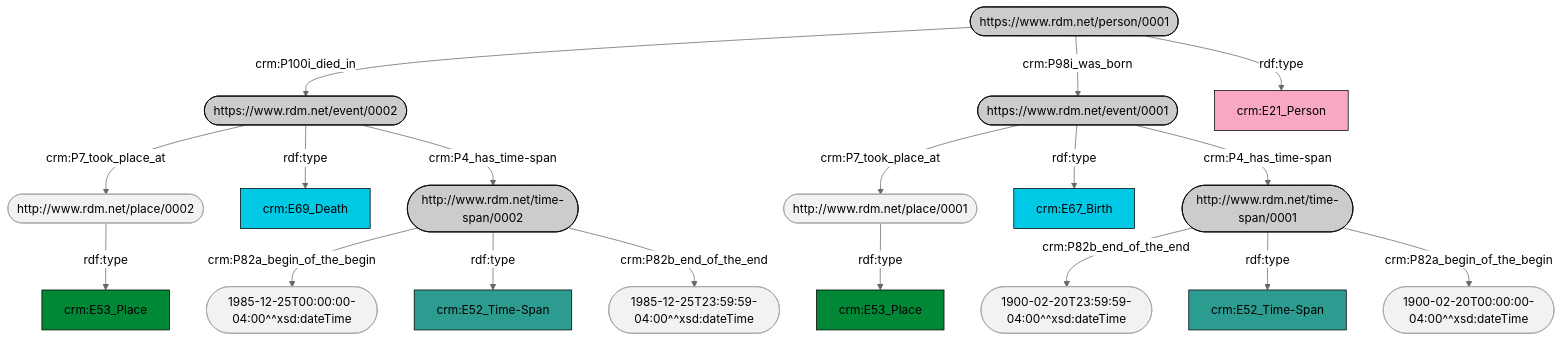
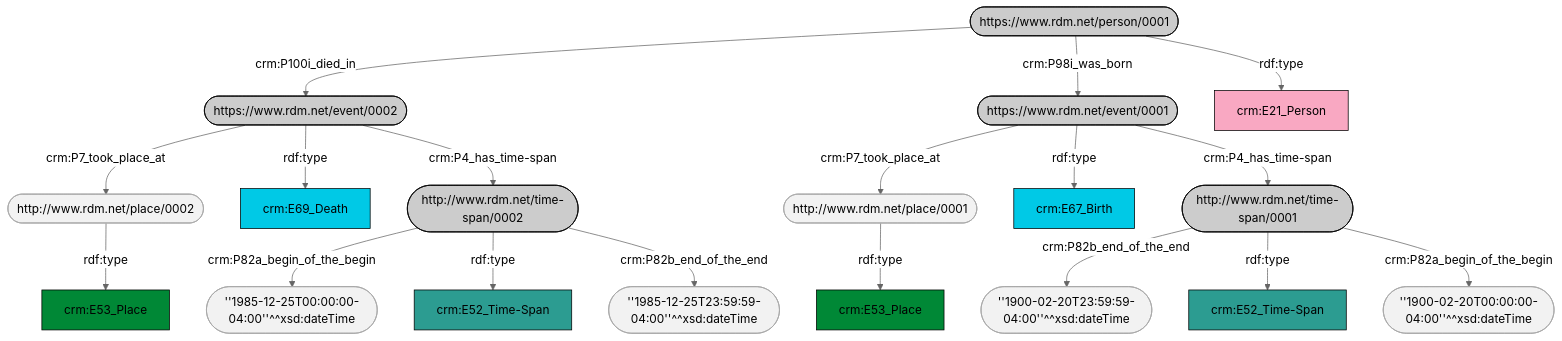
One commit to TrangDg/TrangDg.github.io changed the first of 4 diagrams in testing_mermaid.md. Above: the diagram before and after it, drawn with Mermaid (neutral theme). The commit also changed other lines of this file, not shown here.

```diff
--- a/testing_mermaid.md
+++ b/testing_mermaid.md
@@ -41,34 +41,34 @@
 <div class="mermaid">
 graph TD
 classDef Literal fill:#f2f2f2,stroke:#a6a6a6;
 classDef URI fill:#cccccc,stroke:#000000;
 classDef CRM_Entity fill:#FFFFFF,stroke:#000000;
 classDef Temporal_Entity fill:#00C9E6, stroke:#000000;
 classDef Type fill:#E18312, stroke:#000000;
 classDef Time-Span fill:#2C9C91, stroke:#000000;
 classDef Appellation fill:#FFEB7F, stroke:#000000;
 classDef Place fill:#008836, stroke:#000000;
-classDef Persistent_Item fill:#A4A0A3, stroke:#000000;
+classDef Persistent_Item fill:#B266B2, stroke:#000000;
 classDef Conceptual_Object fill:#FFD700, stroke:#000000;
 classDef Physical_Object fill:#D2B48C, stroke:#000000;
 classDef Actor fill:#F9A8C2, stroke:#000000;
 classDef PC_Classes fill:#bbff99, stroke:#000000;
 A1([https://www.rdm.net/person/0001]):::URI -->|crm:P100i_died_in| B1([https://www.rdm.net/event/0002]):::Literal
 B1([https://www.rdm.net/event/0002]):::URI -->|crm:P7_took_place_at| C1([http://www.rdm.net/place/0002]):::Literal
 C1([http://www.rdm.net/place/0002]) -->|rdf:type| D1[crm:E53_Place]:::Place
 B1([https://www.rdm.net/event/0002]) -->|rdf:type| C2[crm:E69_Death]:::Temporal_Entity
 B1([https://www.rdm.net/event/0002]):::URI -->|crm:P4_has_time-span| C3([http://www.rdm.net/time-span/0002]):::Literal
-C3([http://www.rdm.net/time-span/0002]):::URI -->|crm:P82a_begin_of_the_begin| D2(["1985-12-25T00:00:00-04:00"^^xsd:dateTime]):::Literal
+C3([http://www.rdm.net/time-span/0002]):::URI -->|crm:P82a_begin_of_the_begin| D2(["''1985-12-25T00:00:00-04:00''^^xsd:dateTime"]):::Literal
 C3([http://www.rdm.net/time-span/0002]) -->|rdf:type| D3[crm:E52_Time-Span]:::Time-Span
-C3([http://www.rdm.net/time-span/0002]):::URI -->|crm:P82b_end_of_the_end| D4(["1985-12-25T23:59:59-04:00"^^xsd:dateTime]):::Literal
+C3([http://www.rdm.net/time-span/0002]):::URI -->|crm:P82b_end_of_the_end| D4(["''1985-12-25T23:59:59-04:00''^^xsd:dateTime"]):::Literal
 A1([https://www.rdm.net/person/0001]):::URI -->|crm:P98i_was_born| B2([https://www.rdm.net/event/0001]):::Literal
 B2([https://www.rdm.net/event/0001]):::URI -->|crm:P7_took_place_at| C4([http://www.rdm.net/place/0001]):::Literal
 C4([http://www.rdm.net/place/0001]) -->|rdf:type| D5[crm:E53_Place]:::Place
 B2([https://www.rdm.net/event/0001]) -->|rdf:type| C5[crm:E67_Birth]:::Temporal_Entity
 B2([https://www.rdm.net/event/0001]):::URI -->|crm:P4_has_time-span| C6([http://www.rdm.net/time-span/0001]):::Literal
-C6([http://www.rdm.net/time-span/0001]):::URI -->|crm:P82b_end_of_the_end| D6(["1900-02-20T23:59:59-04:00"^^xsd:dateTime]):::Literal
+C6([http://www.rdm.net/time-span/0001]):::URI -->|crm:P82b_end_of_the_end| D6(["''1900-02-20T23:59:59-04:00''^^xsd:dateTime"]):::Literal
 C6([http://www.rdm.net/time-span/0001]) -->|rdf:type| D7[crm:E52_Time-Span]:::Time-Span
-C6([http://www.rdm.net/time-span/0001]):::URI -->|crm:P82a_begin_of_the_begin| D8(["1900-02-20T00:00:00-04:00"^^xsd:dateTime]):::Literal
+C6([http://www.rdm.net/time-span/0001]):::URI -->|crm:P82a_begin_of_the_begin| D8(["''1900-02-20T00:00:00-04:00''^^xsd:dateTime"]):::Literal
 A1([https://www.rdm.net/person/0001]) -->|rdf:type| B3[crm:E21_Person]:::Actor
 
 </div>
```
